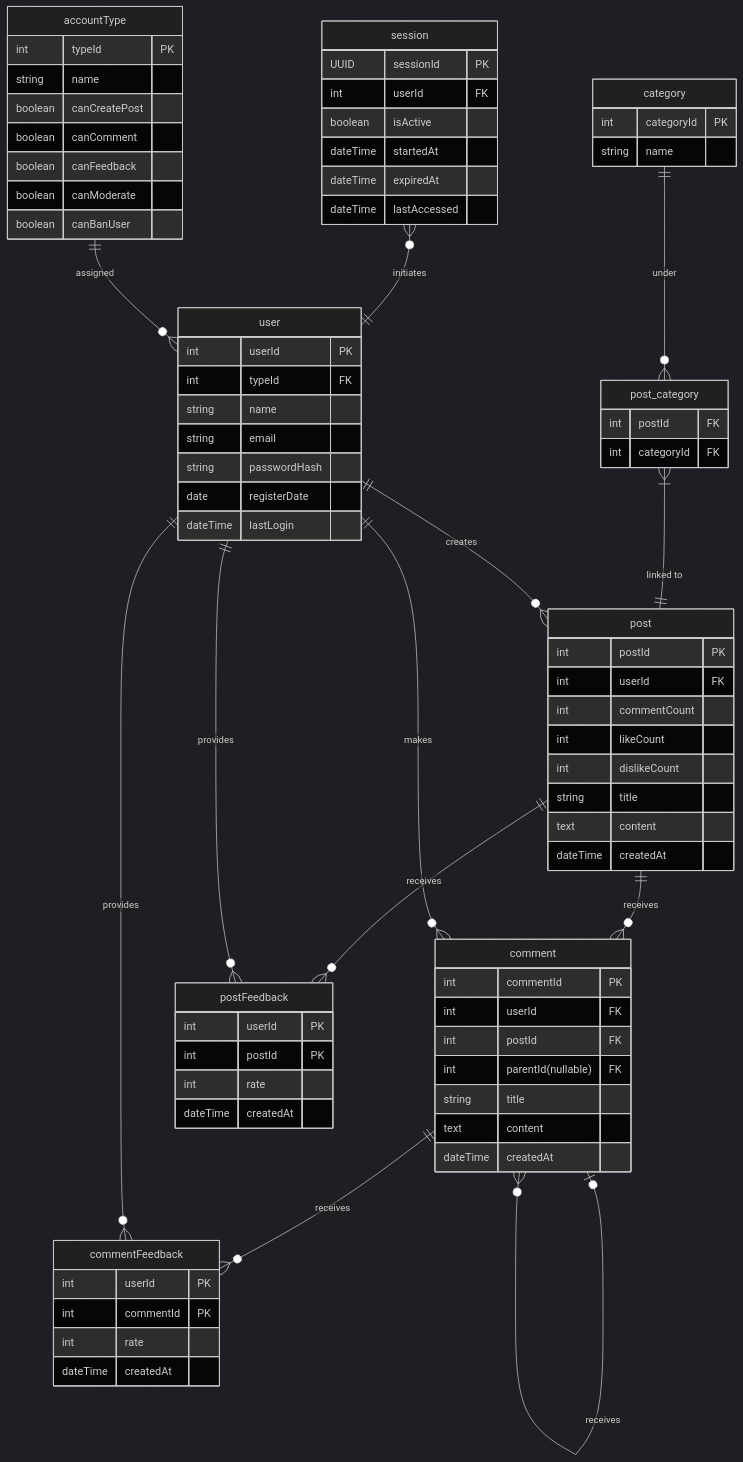
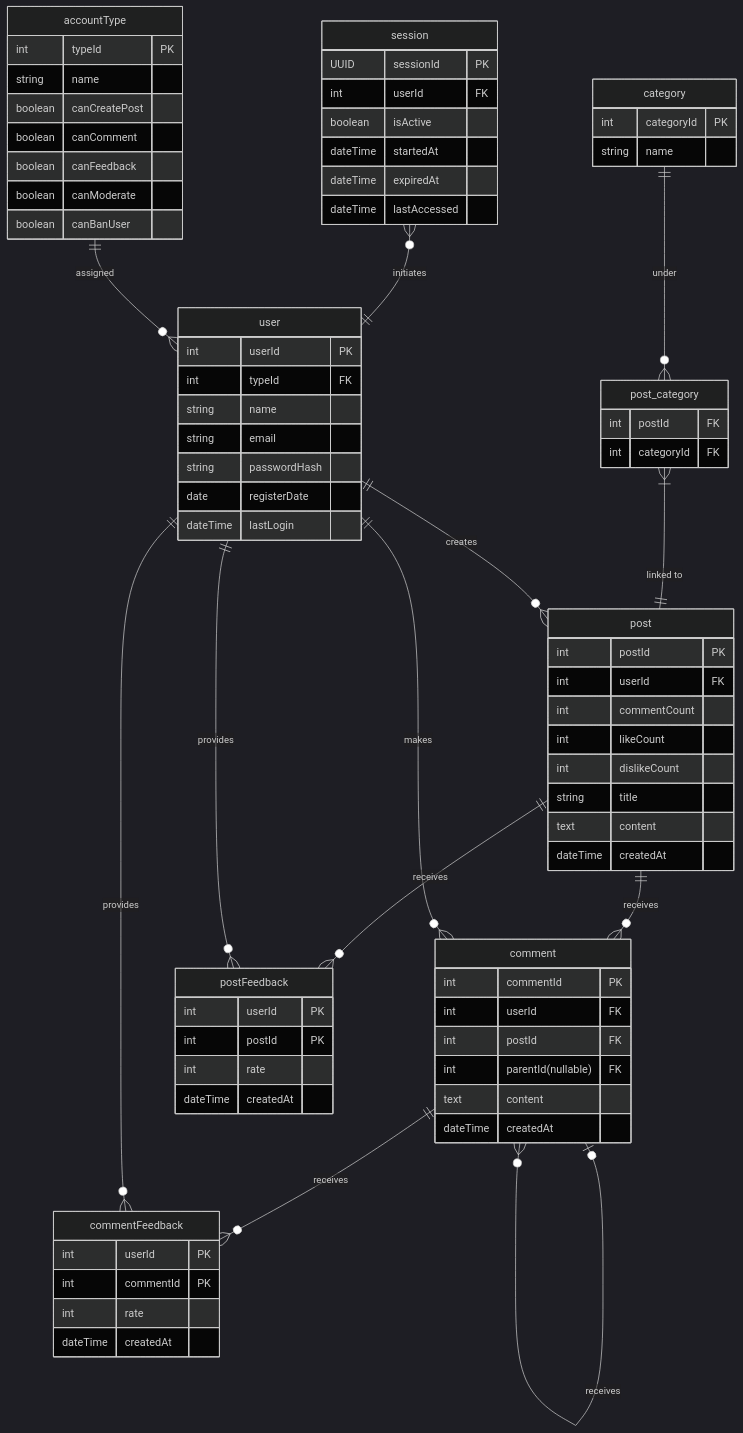
The diagram in README.md (AllenLeeyn/forum), drawn with Mermaid (dark theme) before and after one commit. The commit also changed other lines of this file, not shown here.

```diff
--- a/README.md
+++ b/README.md
@@ -65,7 +69,6 @@
         int         userId FK
         int         postId FK
         int         parentId(nullable) FK
-        string      title
         text        content
         dateTime    createdAt
     }
```
